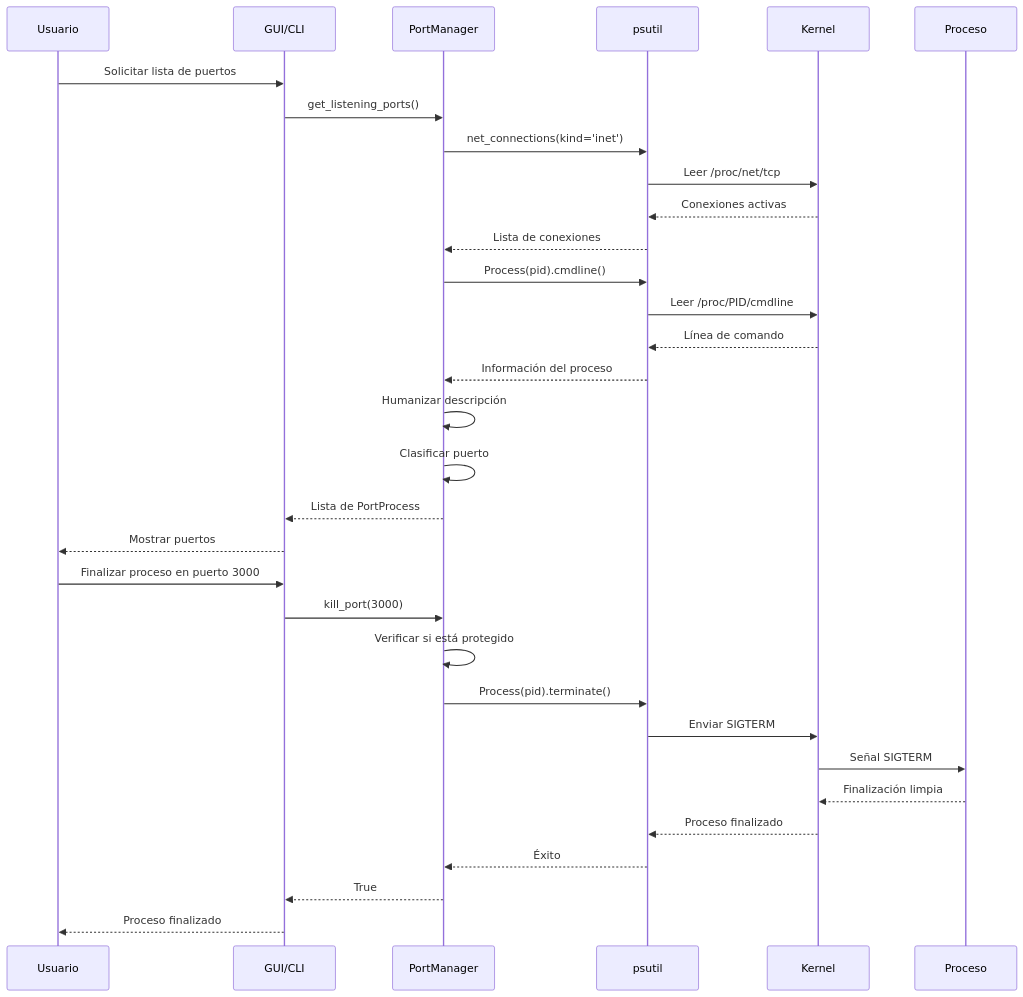
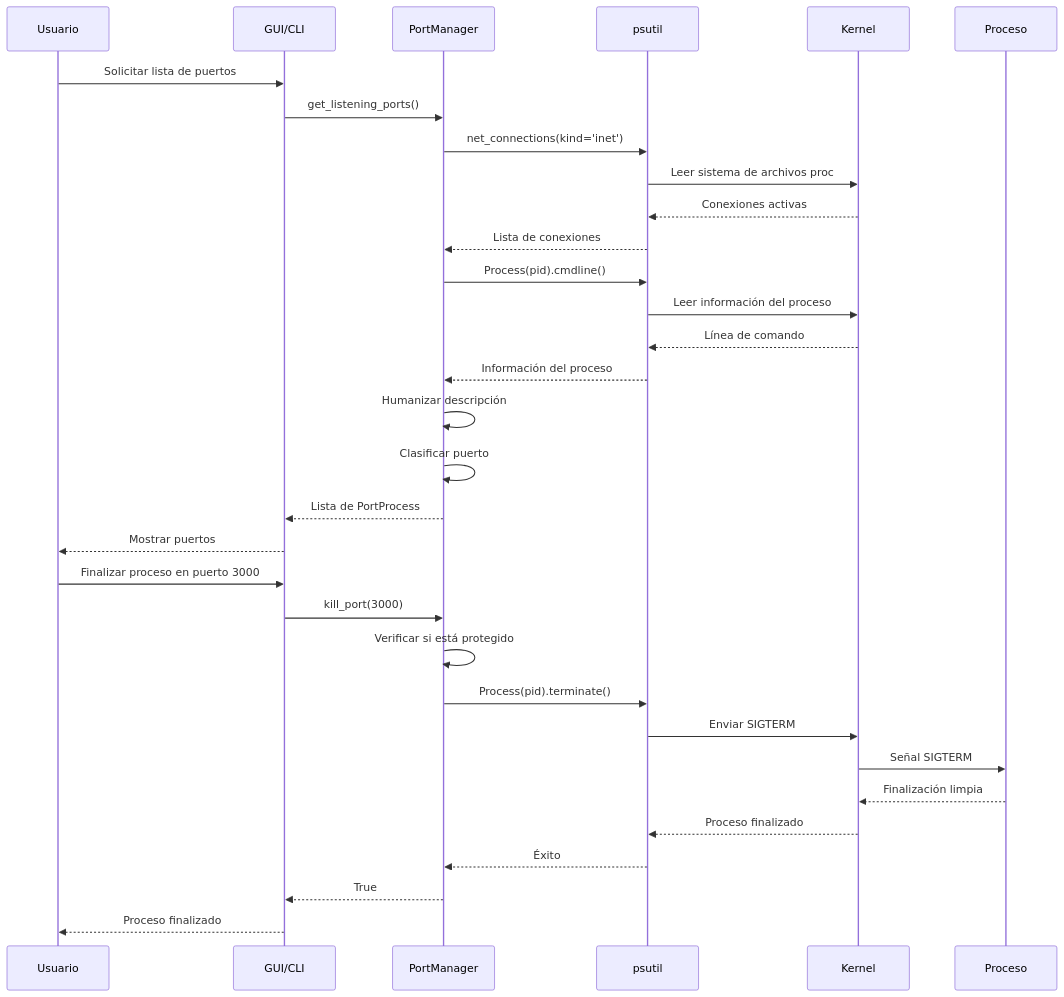
Before and after one commit to 686f6c61/linux-port-killer: the second of 3 diagrams in README.md, drawn with Mermaid. The commit also changed other lines of this file and 2 other files, not shown here.

````diff
--- a/README.md
+++ b/README.md
@@ -299,36 +302,36 @@
 ```mermaid
 sequenceDiagram
     participant Usuario
     participant GUI/CLI
     participant PortManager
     participant psutil
     participant Kernel
     participant Proceso
 
     Usuario->>GUI/CLI: Solicitar lista de puertos
     GUI/CLI->>PortManager: get_listening_ports()
     PortManager->>psutil: net_connections(kind='inet')
-    psutil->>Kernel: Leer /proc/net/tcp
+    psutil->>Kernel: Leer sistema de archivos proc
     Kernel-->>psutil: Conexiones activas
     psutil-->>PortManager: Lista de conexiones
     PortManager->>psutil: Process(pid).cmdline()
-    psutil->>Kernel: Leer /proc/PID/cmdline
+    psutil->>Kernel: Leer información del proceso
     Kernel-->>psutil: Línea de comando
     psutil-->>PortManager: Información del proceso
     PortManager->>PortManager: Humanizar descripción
     PortManager->>PortManager: Clasificar puerto
     PortManager-->>GUI/CLI: Lista de PortProcess
     GUI/CLI-->>Usuario: Mostrar puertos
 
     Usuario->>GUI/CLI: Finalizar proceso en puerto 3000
     GUI/CLI->>PortManager: kill_port(3000)
     PortManager->>PortManager: Verificar si está protegido
     PortManager->>psutil: Process(pid).terminate()
     psutil->>Kernel: Enviar SIGTERM
     Kernel->>Proceso: Señal SIGTERM
     Proceso-->>Kernel: Finalización limpia
     Kernel-->>psutil: Proceso finalizado
     psutil-->>PortManager: Éxito
     PortManager-->>GUI/CLI: True
     GUI/CLI-->>Usuario: Proceso finalizado
 ```
````
